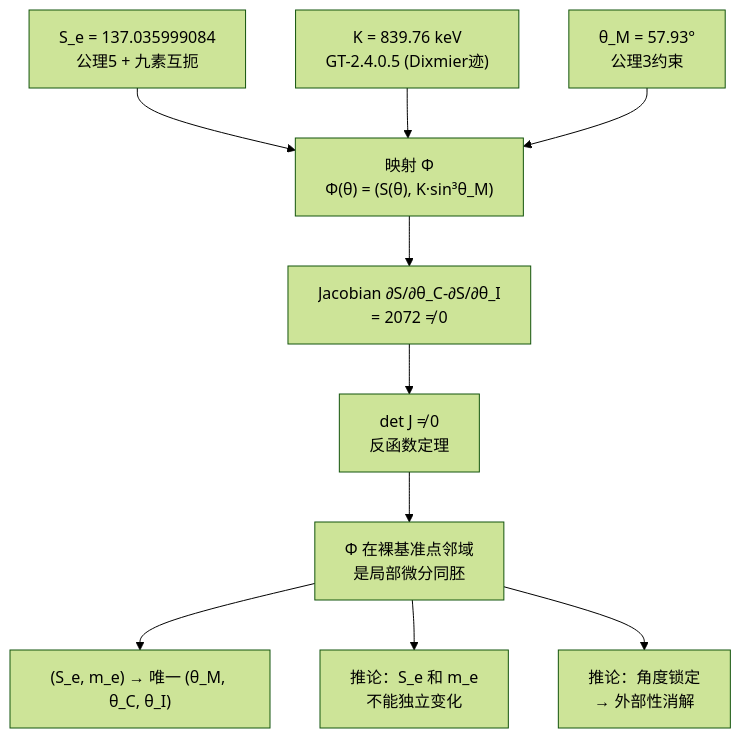
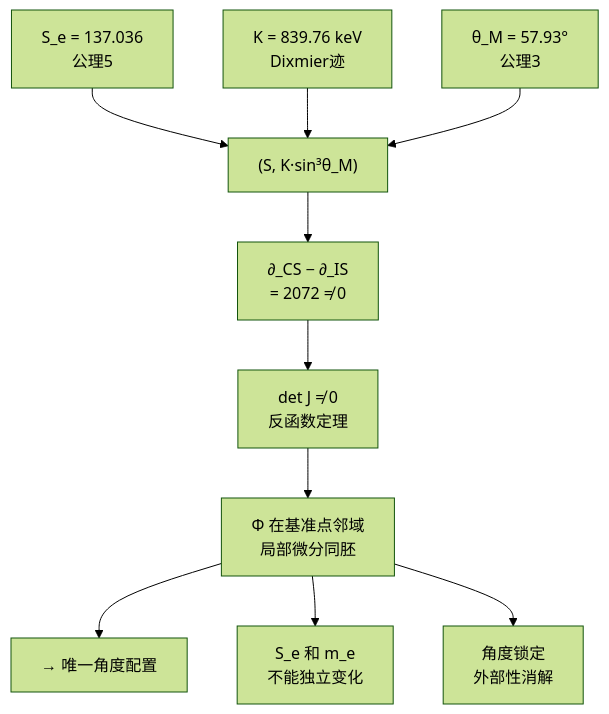
The diagram in app/articles/2.5_谱互锁定理_CN_260713.1.md (sdoygb/geometry-ai-server), drawn with Mermaid (forest theme) before and after one commit. The commit also changed other lines of this file, not shown here.

Commit message:
AI修改: 2.5_谱互锁定理_CN_260713.1.md (259行)

````diff
--- a/app/articles/2.5_谱互锁定理_CN_260713.1.md
+++ b/app/articles/2.5_谱互锁定理_CN_260713.1.md
@@ -189,12 +191,12 @@
 ```mermaid
 flowchart TD
-    A["S_e = 137.035999084<br/>公理5 + 九素互扼"] --> D["映射 Φ<br/>Φ(θ) = (S(θ), K·sin³θ_M)"]
-    B["K = 839.76 keV<br/>GT-2.4.0.5 (Dixmier迹)"] --> D
-    C["θ_M = 57.93°<br/>公理3约束"] --> D
-    D --> E["Jacobian ∂S/∂θ_C-∂S/∂θ_I<br/>= 2072 ≠ 0"]
+    A["S_e = 137.036<br/>公理5"] --> D["(S, K·sin³θ_M)"]
+    B["K = 839.76 keV<br/>Dixmier迹"] --> D
+    C["θ_M = 57.93°<br/>公理3"] --> D
+    D --> E["∂_CS − ∂_IS<br/>= 2072 ≠ 0"]
     E --> F["det J ≠ 0<br/>反函数定理"]
-    F --> G["Φ 在裸基准点邻域<br/>是局部微分同胚"]
-    G --> H["(S_e, m_e) → 唯一 (θ_M, θ_C, θ_I)"]
-    G --> I["推论：S_e 和 m_e<br/>不能独立变化"]
-    G --> J["推论：角度锁定<br/>→ 外部性消解"]
+    F --> G["Φ 在基准点邻域<br/>局部微分同胚"]
+    G --> H["→ 唯一角度配置"]
+    G --> I["S_e 和 m_e<br/>不能独立变化"]
+    G --> J["角度锁定<br/>外部性消解"]
 ```
````
